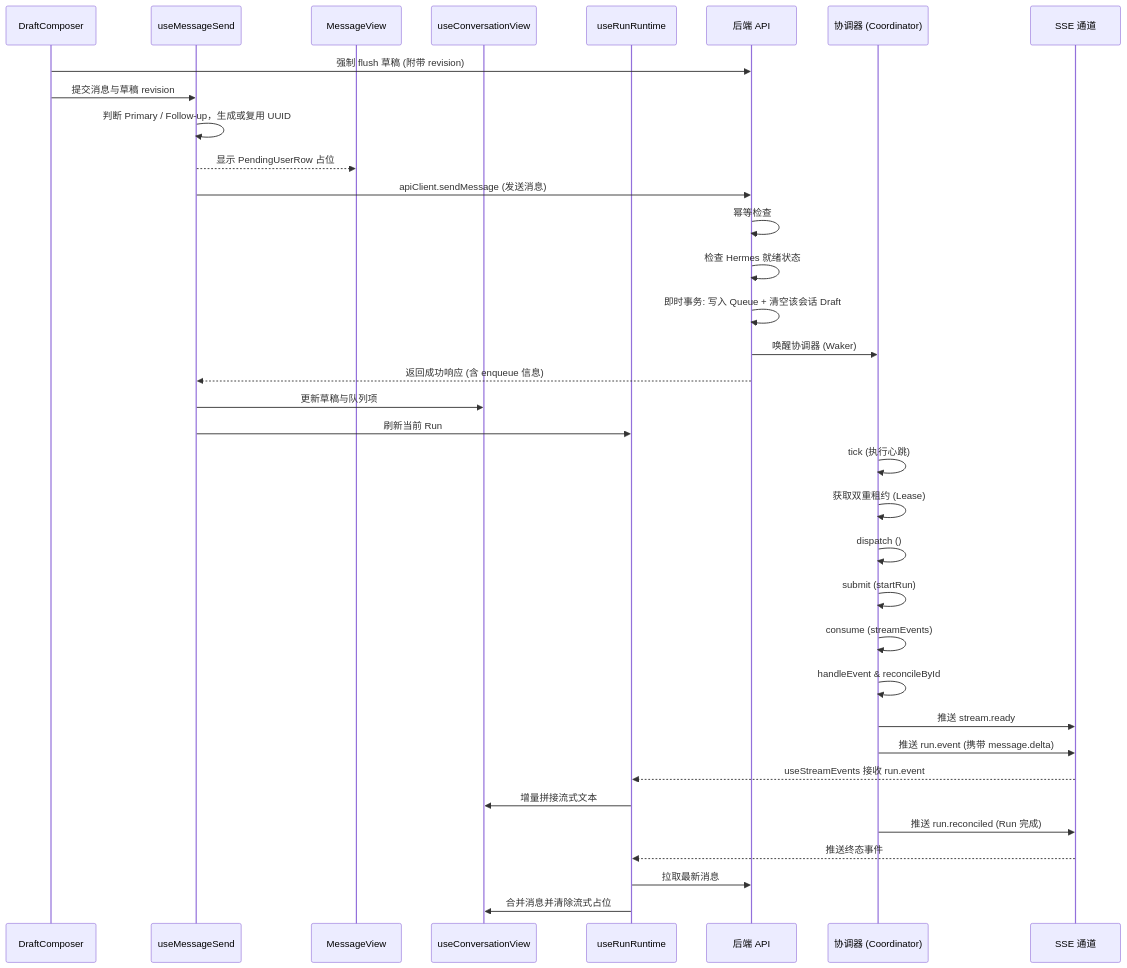
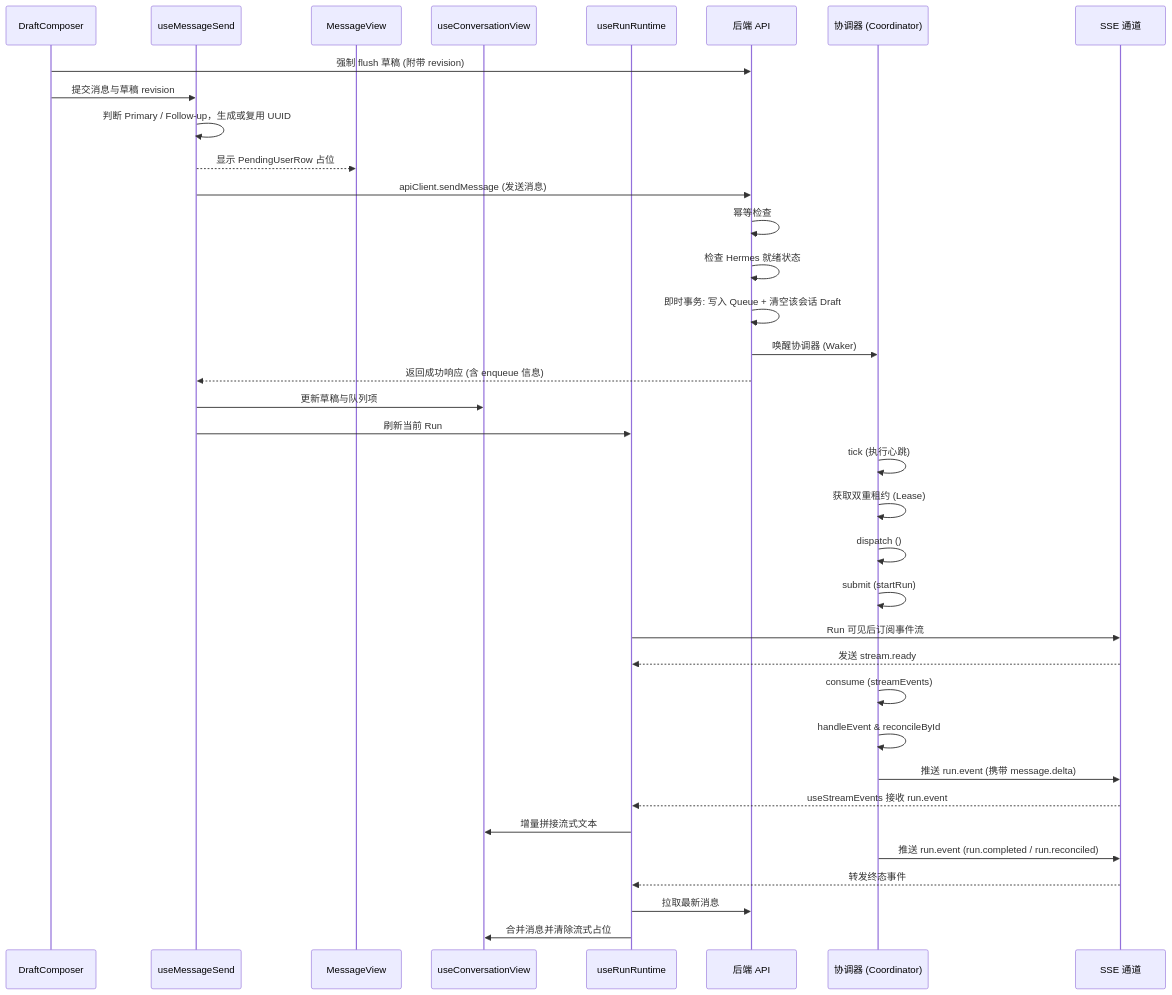
One commit to ermu03/emu-chat changed the first of 7 diagrams in docs/07-data-flow.md. Above: the diagram before and after it, drawn with Mermaid. The commit also changed other lines of this file and 13 other files, not shown here.

````diff
--- a/docs/07-data-flow.md
+++ b/docs/07-data-flow.md
@@ -9,41 +9,42 @@
 ```mermaid
 sequenceDiagram
     participant Composer as DraftComposer
     participant Send as useMessageSend
     participant Messages as MessageView
     participant View as useConversationView
     participant Runtime as useRunRuntime
     participant API as 后端 API
     participant Coord as 协调器 (Coordinator)
     participant SSE as SSE 通道
 
     Composer->>API: 强制 flush 草稿 (附带 revision)
     Composer->>Send: 提交消息与草稿 revision
     Send->>Send: 判断 Primary / Follow-up，生成或复用 UUID
     Send-->>Messages: 显示 PendingUserRow 占位
     Send->>API: apiClient.sendMessage (发送消息)
     
     API->>API: 幂等检查
     API->>API: 检查 Hermes 就绪状态
     API->>API: 即时事务: 写入 Queue + 清空该会话 Draft
     API->>Coord: 唤醒协调器 (Waker)
     API-->>Send: 返回成功响应 (含 enqueue 信息)
     Send->>View: 更新草稿与队列项
     Send->>Runtime: 刷新当前 Run
 
     Coord->>Coord: tick (执行心跳)
     Coord->>Coord: 获取双重租约 (Lease)
     Coord->>Coord: dispatch ()
     Coord->>Coord: submit (startRun)
+    Runtime->>SSE: Run 可见后订阅事件流
+    SSE-->>Runtime: 发送 stream.ready
     Coord->>Coord: consume (streamEvents)
     Coord->>Coord: handleEvent & reconcileById
 
-    Coord->>SSE: 推送 stream.ready
     Coord->>SSE: 推送 run.event (携带 message.delta)
     SSE-->>Runtime: useStreamEvents 接收 run.event
     Runtime->>View: 增量拼接流式文本
-    Coord->>SSE: 推送 run.reconciled (Run 完成)
-    SSE-->>Runtime: 推送终态事件
+    Coord->>SSE: 推送 run.event (run.completed / run.reconciled)
+    SSE-->>Runtime: 转发终态事件
     Runtime->>API: 拉取最新消息
     Runtime->>View: 合并消息并清除流式占位
 ```
````
